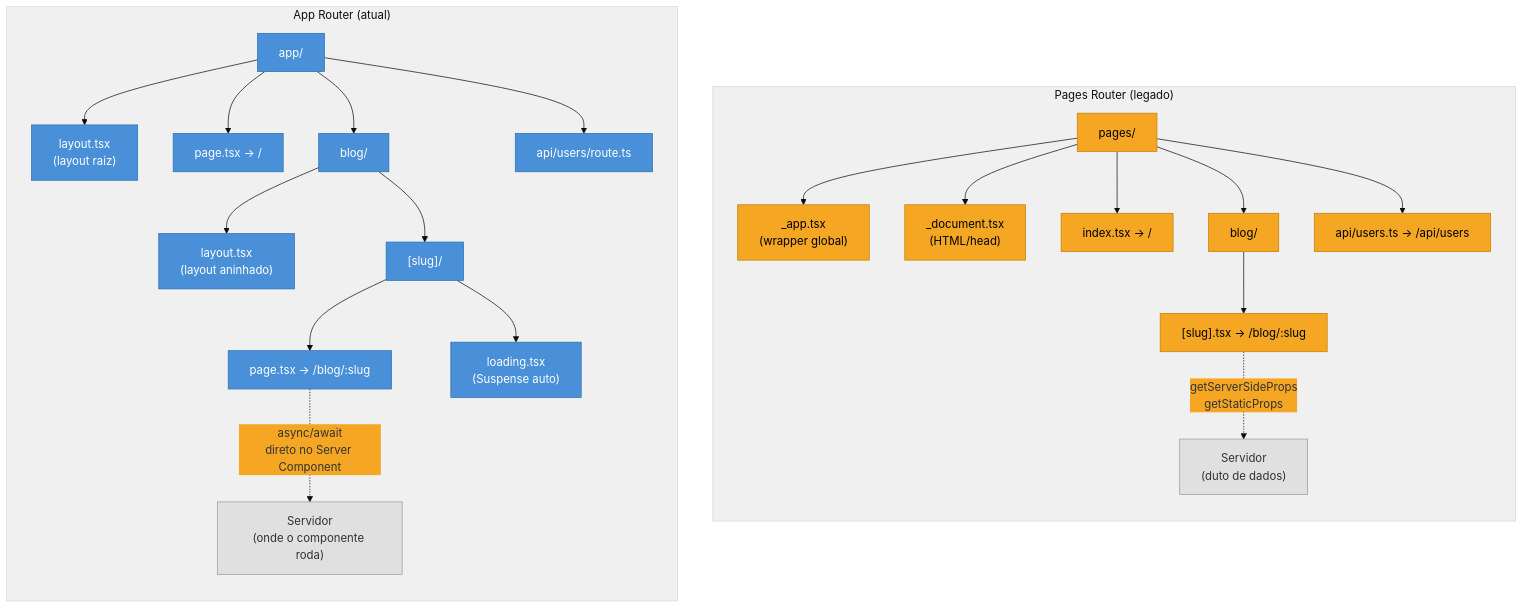
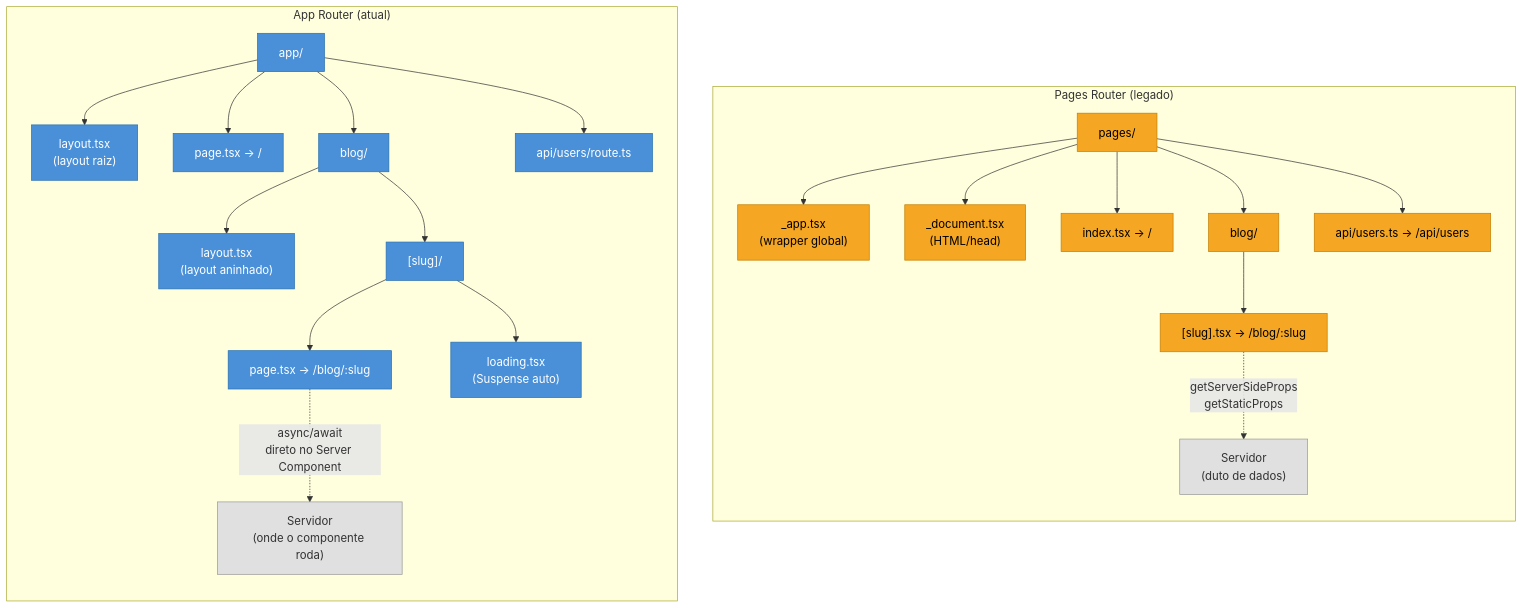
Before and after one commit to josenaldo/codex-technomanticus: the diagram in 03-Dominios/Tecnologia/React/Next.js/02 - App Router vs Pages Router.md, drawn with Mermaid. The commit also changed 1181 other files, not shown here.

First line of the commit message:
fix(diagramas): paleta do sistema no lugar de cor cravada no markdown

````diff
--- a/03-Dominios/Tecnologia/React/Next.js/02 - App Router vs Pages Router.md
+++ b/03-Dominios/Tecnologia/React/Next.js/02 - App Router vs Pages Router.md
@@ -148,33 +148,32 @@
 ```mermaid
-%%{init: {"theme": "base", "themeVariables": {"primaryColor": "#4A90D9", "secondaryColor": "#F5A623", "tertiaryColor": "#f0f0f0"}}}%%
 graph TB
+  classDef legacy fill:#F5A623,stroke:#c47f00,color:#000
+  classDef current fill:#4A90D9,stroke:#2970b0,color:#fff
+  classDef server fill:#e0e0e0,stroke:#999,color:#333
   subgraph PR["Pages Router (legado)"]
     direction TB
     PA["pages/"]:::legacy
     PA --> PApp["_app.tsx\n(wrapper global)"]:::legacy
     PA --> PDoc["_document.tsx\n(HTML/head)"]:::legacy
     PA --> PIdx["index.tsx → /"]:::legacy
     PA --> PBlog["blog/"]:::legacy
     PBlog --> PSlug["[slug].tsx → /blog/:slug"]:::legacy
     PA --> PAPI["api/users.ts → /api/users"]:::legacy
     PSlug -. "getServerSideProps\ngetStaticProps" .-> PServer["Servidor\n(duto de dados)"]:::server
   end
 
   subgraph AR["App Router (atual)"]
     direction TB
     AA["app/"]:::current
     AA --> ALayout["layout.tsx\n(layout raiz)"]:::current
     AA --> AIdx["page.tsx → /"]:::current
     AA --> ABlog["blog/"]:::current
     ABlog --> ABLayout["layout.tsx\n(layout aninhado)"]:::current
     ABlog --> ABSlug["[slug]/"]:::current
     ABSlug --> ABPage["page.tsx → /blog/:slug"]:::current
     ABSlug --> ABLoad["loading.tsx\n(Suspense auto)"]:::current
     AA --> ARoute["api/users/route.ts"]:::current
     ABPage -. "async/await\ndireto no Server Component" .-> AServer["Servidor\n(onde o componente roda)"]:::server
   end
 
-classDef legacy fill:#F5A623,stroke:#c47f00,color:#000
-classDef current fill:#4A90D9,stroke:#2970b0,color:#fff
-classDef server fill:#e0e0e0,stroke:#999,color:#333
 ```
````
